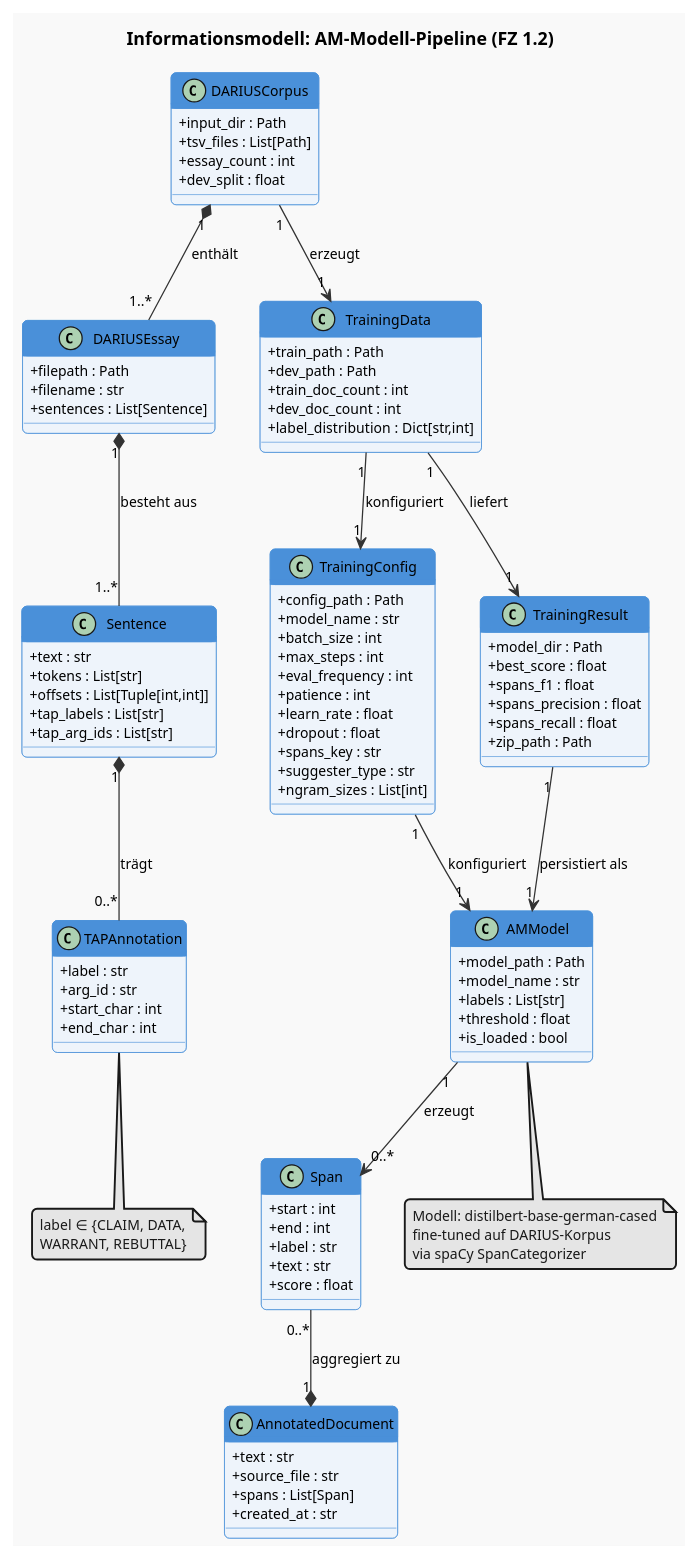
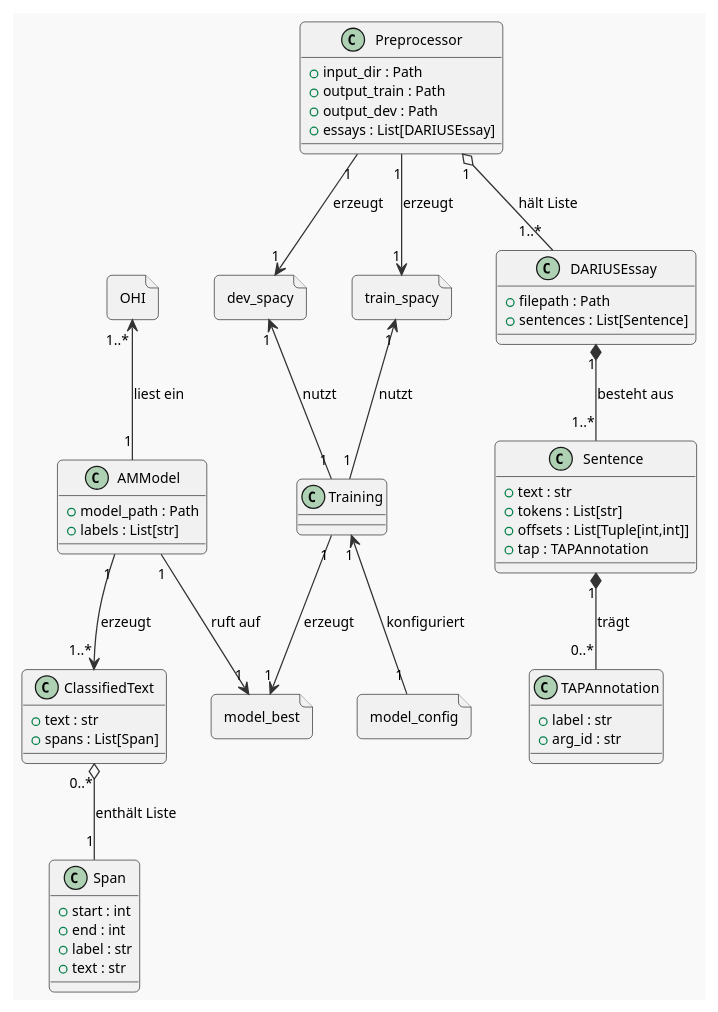
The diagram in documentation/model/inf-model.plantuml (felixdrescher/german_am_modell), drawn with PlantUML before and after one commit. The commit also changed 3 other files, not shown here.

```diff
--- a/documentation/model/inf-model.plantuml
+++ b/documentation/model/inf-model.plantuml
@@ -1,129 +1,101 @@
-@startuml FZ12_Informationsmodell
+@startuml Informationsmodell: AM-Modell
 !theme mars
 skinparam defaultFontName Arial
 skinparam defaultFontSize 11
 skinparam roundcorner 8
-skinparam classAttributeIconSize 0
+skinparam objectAttributeIconSize 0
 
-skinparam class {
+skinparam object {
     BackgroundColor #EEF4FB
     BorderColor #4A90D9
     ArrowColor #333
     HeaderBackgroundColor #4A90D9
     HeaderFontColor white
 }
 
-title Informationsmodell: AM-Modell-Pipeline (FZ 1.2)
+' ── Objekte ───────────────────────────────────────────────────────────────────
+file dev_spacy {
 
-' ── Klassen ───────────────────────────────────────────────────────────────────
+}
 
-class DARIUSCorpus {
+file train_spacy {
+    
+}
+
+file model_best {
+
+}
+
+file OHI {
+
+}
+
+class Training {
+
+}
+
+class Preprocessor {
     + input_dir : Path
-    + tsv_files : List[Path]
-    + essay_count : int
-    + dev_split : float
+    + output_train : Path
+    + output_dev : Path
+    + essays : List[DARIUSEssay]
 }
 
 class DARIUSEssay {
     + filepath : Path
-    + filename : str
     + sentences : List[Sentence]
 }
 
 class Sentence {
     + text : str
     + tokens : List[str]
     + offsets : List[Tuple[int,int]]
-    + tap_labels : List[str]
-    + tap_arg_ids : List[str]
+    + tap : TAPAnnotation
 }
 
 class TAPAnnotation {
     + label : str
     + arg_id : str
-    + start_char : int
-    + end_char : int
 }
 
-class TrainingData {
-    + train_path : Path
-    + dev_path : Path
-    + train_doc_count : int
-    + dev_doc_count : int
-    + label_distribution : Dict[str,int]
-}
-
-class TrainingConfig {
-    + config_path : Path
-    + model_name : str
-    + batch_size : int
-    + max_steps : int
-    + eval_frequency : int
-    + patience : int
-    + learn_rate : float
-    + dropout : float
-    + spans_key : str
-    + suggester_type : str
-    + ngram_sizes : List[int]
+file model_config {
 }
 
 class AMModel {
     + model_path : Path
-    + model_name : str
     + labels : List[str]
-    + threshold : float
-    + is_loaded : bool
 }
 
 class Span {
     + start : int
     + end : int
     + label : str
     + text : str
-    + score : float
 }
 
-class AnnotatedDocument {
+class ClassifiedText {
     + text : str
-    + source_file : str
     + spans : List[Span]
-    + created_at : str
 }
 
-class TrainingResult {
-    + model_dir : Path
-    + best_score : float
-    + spans_f1 : float
-    + spans_precision : float
-    + spans_recall : float
-    + zip_path : Path
-}
 
 ' ── Beziehungen ────────────────────────────────────────────────────────────────
+Preprocessor "1" o-- "1..*" DARIUSEssay : hält Liste
+Preprocessor "1" --> "1" dev_spacy : erzeugt
+Preprocessor "1" --> "1" train_spacy : erzeugt
+ 
+Training "1" -up-> "1" train_spacy : nutzt
+Training "1" -up-> "1" dev_spacy : nutzt
+Training "1" -down-> "1" model_best : erzeugt
+model_config "1" -up-> "1" Training : konfiguriert
 
-DARIUSCorpus "1" *-- "1..*" DARIUSEssay   : enthält
 DARIUSEssay  "1" *-- "1..*" Sentence      : besteht aus
 Sentence     "1" *-- "0..*" TAPAnnotation : trägt
 
-DARIUSCorpus "1" --> "1" TrainingData  : erzeugt
-TrainingData "1" --> "1" TrainingConfig : konfiguriert
+AMModel "1" -down-> "1..*" ClassifiedText : erzeugt
+ClassifiedText    "0..*" o-- "1" Span : enthält Liste
+AMModel "1" -down-> "1" model_best : ruft auf
+AMModel "1" -up-> "1..*" OHI : liest ein
 
-TrainingConfig "1" --> "1"    AMModel        : konfiguriert
-TrainingData   "1" --> "1"    TrainingResult : liefert
-TrainingResult "1" --> "1"    AMModel        : persistiert als
-
-AMModel "1" --> "0..*" Span             : erzeugt
-Span    "0..*" --* "1" AnnotatedDocument : aggregiert zu
-
-note bottom of TAPAnnotation
-  label ∈ {CLAIM, DATA,
-  WARRANT, REBUTTAL}
-end note
-
-note bottom of AMModel
-  Modell: distilbert-base-german-cased
-  fine-tuned auf DARIUS-Korpus
-  via spaCy SpanCategorizer
-end note
 
 @enduml
```
